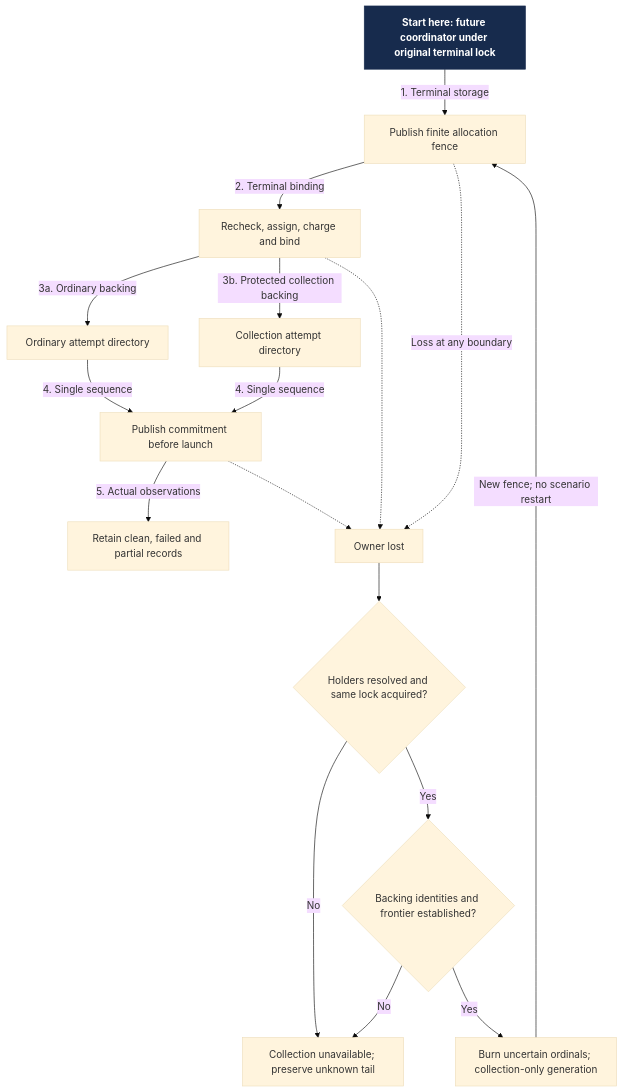
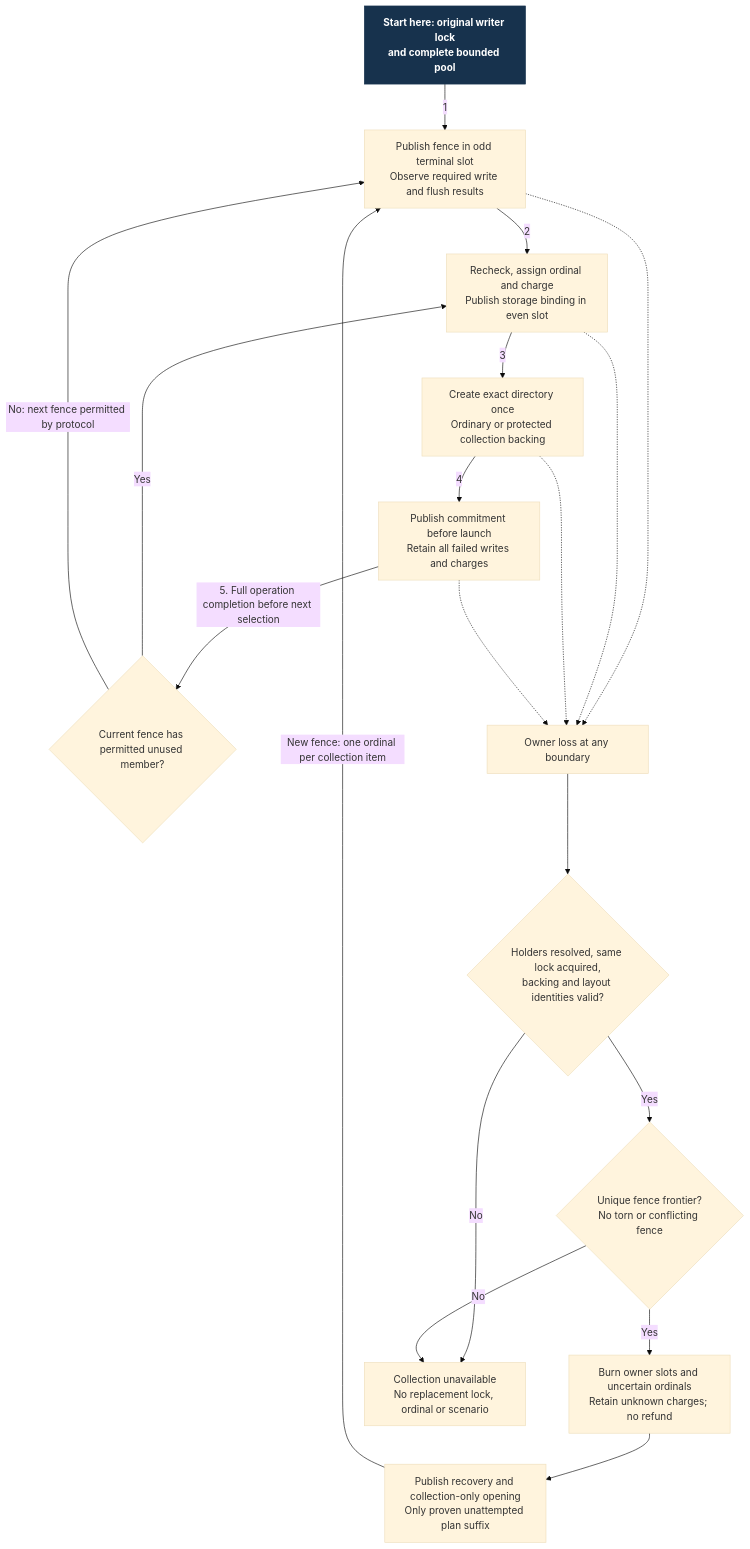
One commit to Linkuistics/Koine changed the diagram in docs/design/architecture/settings-activation/keepalive-storage.mmd. Above: the diagram before and after it, drawn with Mermaid (base theme). The commit also changed 16 other files, not shown here.

Commit message:
settings-keepalive-record-recovery-k118: specify bounded records and collection recovery

```diff
--- a/docs/design/architecture/settings-activation/keepalive-storage.mmd
+++ b/docs/design/architecture/settings-activation/keepalive-storage.mmd
@@ -1,30 +1,33 @@
+%%{init: {"flowchart": {"useMaxWidth": true}}}%%
 flowchart TD
-    start["Start here: future coordinator under original terminal lock"]:::start
-    fence["Publish finite allocation fence"]
-    bind["Recheck, assign, charge and bind"]
-    ordinary["Ordinary attempt directory"]
-    collection["Collection attempt directory"]
-    commit["Publish commitment before launch"]
-    rows["Retain clean, failed and partial records"]
-    loss["Owner lost"]
-    holders{"Holders resolved and same lock acquired?"}
-    frontier{"Backing identities and frontier established?"}
-    burn["Burn uncertain ordinals; collection-only generation"]
-    unavailable["Collection unavailable; preserve unknown tail"]
-    start -->|1. Terminal storage| fence
-    fence -->|2. Terminal binding| bind
-    bind -->|3a. Ordinary backing| ordinary
-    bind -->|3b. Protected collection backing| collection
-    ordinary -->|4. Single sequence| commit
-    collection -->|4. Single sequence| commit
-    commit -->|5. Actual observations| rows
-    fence -.->|Loss at any boundary| loss
+    start["Start here: original writer lock<br/>and complete bounded pool"]:::start
+    fence["Publish fence in odd terminal slot<br/>Observe required write and flush results"]
+    bind["Recheck, assign ordinal and charge<br/>Publish storage binding in even slot"]
+    directory["Create exact directory once<br/>Ordinary or protected collection backing"]
+    commit["Publish commitment before launch<br/>Retain all failed writes and charges"]
+    next{"Current fence has permitted unused member?"}
+    loss["Owner loss at any boundary"]
+    holders{"Holders resolved, same lock acquired,<br/>backing and layout identities valid?"}
+    frontier{"Unique fence frontier?<br/>No torn or conflicting fence"}
+    burn["Burn owner slots and uncertain ordinals<br/>Retain unknown charges; no refund"]
+    recover["Publish recovery and collection-only opening<br/>Only proven unattempted plan suffix"]
+    unavailable["Collection unavailable<br/>No replacement lock, ordinal or scenario"]
+    start -->|1| fence
+    fence -->|2| bind
+    bind -->|3| directory
+    directory -->|4| commit
+    commit -->|5. Full operation completion before next selection| next
+    next -->|Yes| bind
+    next -->|No: next fence permitted by protocol| fence
+    fence -.-> loss
     bind -.-> loss
+    directory -.-> loss
     commit -.-> loss
     loss --> holders
     holders -->|No| unavailable
     holders -->|Yes| frontier
     frontier -->|No| unavailable
     frontier -->|Yes| burn
-    burn -->|New fence; no scenario restart| fence
-    classDef start fill:#172b4d,stroke:#172b4d,color:#fff,font-weight:bold
+    burn --> recover
+    recover -->|New fence: one ordinal per collection item| fence
+    classDef start fill:#17324d,stroke:#17324d,color:#fff,font-weight:bold
```
